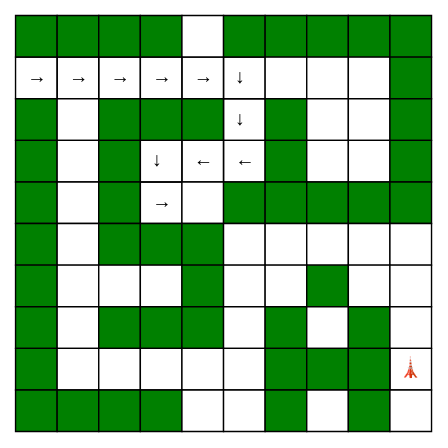
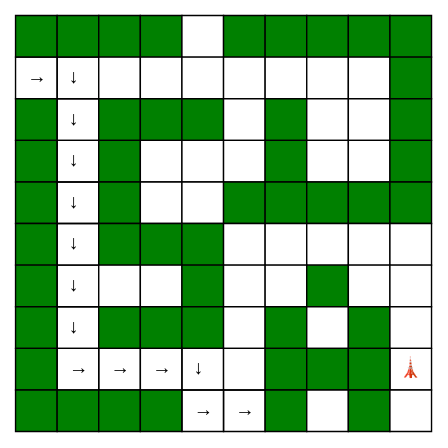
Before and after one commit to Changyue-Tan/COMP9024: the diagram in tut/week10/images/HtmlMaze_0029.dot, drawn with Graphviz. The commit also changed 342 other files, not shown here.

```diff
--- a/tut/week10/images/HtmlMaze_0029.dot
+++ b/tut/week10/images/HtmlMaze_0029.dot
@@ -1,126 +1,126 @@
 digraph maze { 
 Maze [shape=none, margin=0, label=< 
 <table border="0" cellborder="1" cellspacing="0" cellpadding="0"> 
 <tr> 
 <td width="30" height="30" bgcolor="green"></td> 
 <td width="30" height="30" bgcolor="green"></td> 
 <td width="30" height="30" bgcolor="green"></td> 
 <td width="30" height="30" bgcolor="green"></td> 
 <td width="30" height="30" bgcolor="white"></td> 
 <td width="30" height="30" bgcolor="green"></td> 
 <td width="30" height="30" bgcolor="green"></td> 
 <td width="30" height="30" bgcolor="green"></td> 
 <td width="30" height="30" bgcolor="green"></td> 
 <td width="30" height="30" bgcolor="green"></td> 
 </tr> 
 <tr> 
 <td width="30" height="30">&#x2192;</td> 
-<td width="30" height="30">&#x2192;</td> 
-<td width="30" height="30">&#x2192;</td> 
-<td width="30" height="30">&#x2192;</td> 
-<td width="30" height="30">&#x2192;</td> 
 <td width="30" height="30">&#x2193;</td> 
+<td width="30" height="30" bgcolor="white"></td> 
+<td width="30" height="30" bgcolor="white"></td> 
+<td width="30" height="30" bgcolor="white"></td> 
+<td width="30" height="30" bgcolor="white"></td> 
 <td width="30" height="30" bgcolor="white"></td> 
 <td width="30" height="30" bgcolor="white"></td> 
 <td width="30" height="30" bgcolor="white"></td> 
 <td width="30" height="30" bgcolor="green"></td> 
 </tr> 
 <tr> 
 <td width="30" height="30" bgcolor="green"></td> 
-<td width="30" height="30" bgcolor="white"></td> 
+<td width="30" height="30">&#x2193;</td> 
 <td width="30" height="30" bgcolor="green"></td> 
 <td width="30" height="30" bgcolor="green"></td> 
 <td width="30" height="30" bgcolor="green"></td> 
-<td width="30" height="30">&#x2193;</td> 
+<td width="30" height="30" bgcolor="white"></td> 
 <td width="30" height="30" bgcolor="green"></td> 
 <td width="30" height="30" bgcolor="white"></td> 
 <td width="30" height="30" bgcolor="white"></td> 
 <td width="30" height="30" bgcolor="green"></td> 
 </tr> 
 <tr> 
 <td width="30" height="30" bgcolor="green"></td> 
+<td width="30" height="30">&#x2193;</td> 
+<td width="30" height="30" bgcolor="green"></td> 
 <td width="30" height="30" bgcolor="white"></td> 
-<td width="30" height="30" bgcolor="green"></td> 
-<td width="30" height="30">&#x2193;</td> 
-<td width="30" height="30">&#x2190;</td> 
-<td width="30" height="30">&#x2190;</td> 
+<td width="30" height="30" bgcolor="white"></td> 
+<td width="30" height="30" bgcolor="white"></td> 
 <td width="30" height="30" bgcolor="green"></td> 
 <td width="30" height="30" bgcolor="white"></td> 
 <td width="30" height="30" bgcolor="white"></td> 
 <td width="30" height="30" bgcolor="green"></td> 
 </tr> 
 <tr> 
 <td width="30" height="30" bgcolor="green"></td> 
+<td width="30" height="30">&#x2193;</td> 
+<td width="30" height="30" bgcolor="green"></td> 
 <td width="30" height="30" bgcolor="white"></td> 
-<td width="30" height="30" bgcolor="green"></td> 
-<td width="30" height="30">&#x2192;</td> 
 <td width="30" height="30" bgcolor="white"></td> 
 <td width="30" height="30" bgcolor="green"></td> 
 <td width="30" height="30" bgcolor="green"></td> 
 <td width="30" height="30" bgcolor="green"></td> 
 <td width="30" height="30" bgcolor="green"></td> 
 <td width="30" height="30" bgcolor="green"></td> 
 </tr> 
 <tr> 
 <td width="30" height="30" bgcolor="green"></td> 
-<td width="30" height="30" bgcolor="white"></td> 
+<td width="30" height="30">&#x2193;</td> 
 <td width="30" height="30" bgcolor="green"></td> 
 <td width="30" height="30" bgcolor="green"></td> 
 <td width="30" height="30" bgcolor="green"></td> 
 <td width="30" height="30" bgcolor="white"></td> 
 <td width="30" height="30" bgcolor="white"></td> 
 <td width="30" height="30" bgcolor="white"></td> 
 <td width="30" height="30" bgcolor="white"></td> 
 <td width="30" height="30" bgcolor="white"></td> 
 </tr> 
 <tr> 
 <td width="30" height="30" bgcolor="green"></td> 
-<td width="30" height="30" bgcolor="white"></td> 
+<td width="30" height="30">&#x2193;</td> 
 <td width="30" height="30" bgcolor="white"></td> 
 <td width="30" height="30" bgcolor="white"></td> 
 <td width="30" height="30" bgcolor="green"></td> 
 <td width="30" height="30" bgcolor="white"></td> 
 <td width="30" height="30" bgcolor="white"></td> 
 <td width="30" height="30" bgcolor="green"></td> 
 <td width="30" height="30" bgcolor="white"></td> 
 <td width="30" height="30" bgcolor="white"></td> 
 </tr> 
 <tr> 
 <td width="30" height="30" bgcolor="green"></td> 
-<td width="30" height="30" bgcolor="white"></td> 
+<td width="30" height="30">&#x2193;</td> 
 <td width="30" height="30" bgcolor="green"></td> 
 <td width="30" height="30" bgcolor="green"></td> 
 <td width="30" height="30" bgcolor="green"></td> 
 <td width="30" height="30" bgcolor="white"></td> 
 <td width="30" height="30" bgcolor="green"></td> 
 <td width="30" height="30" bgcolor="white"></td> 
 <td width="30" height="30" bgcolor="green"></td> 
 <td width="30" height="30" bgcolor="white"></td> 
 </tr> 
 <tr> 
 <td width="30" height="30" bgcolor="green"></td> 
-<td width="30" height="30" bgcolor="white"></td> 
-<td width="30" height="30" bgcolor="white"></td> 
-<td width="30" height="30" bgcolor="white"></td> 
-<td width="30" height="30" bgcolor="white"></td> 
+<td width="30" height="30">&#x2192;</td> 
+<td width="30" height="30">&#x2192;</td> 
+<td width="30" height="30">&#x2192;</td> 
+<td width="30" height="30">&#x2193;</td> 
 <td width="30" height="30" bgcolor="white"></td> 
 <td width="30" height="30" bgcolor="green"></td> 
 <td width="30" height="30" bgcolor="green"></td> 
 <td width="30" height="30" bgcolor="green"></td> 
 <td width="30" height="30">&#128508;</td> 
 </tr> 
 <tr> 
 <td width="30" height="30" bgcolor="green"></td> 
 <td width="30" height="30" bgcolor="green"></td> 
 <td width="30" height="30" bgcolor="green"></td> 
 <td width="30" height="30" bgcolor="green"></td> 
-<td width="30" height="30" bgcolor="white"></td> 
-<td width="30" height="30" bgcolor="white"></td> 
+<td width="30" height="30">&#x2192;</td> 
+<td width="30" height="30">&#x2192;</td> 
 <td width="30" height="30" bgcolor="green"></td> 
 <td width="30" height="30" bgcolor="white"></td> 
 <td width="30" height="30" bgcolor="green"></td> 
 <td width="30" height="30" bgcolor="white"></td> 
 </tr> 
 </table> 
   >]; 
 } 
```
